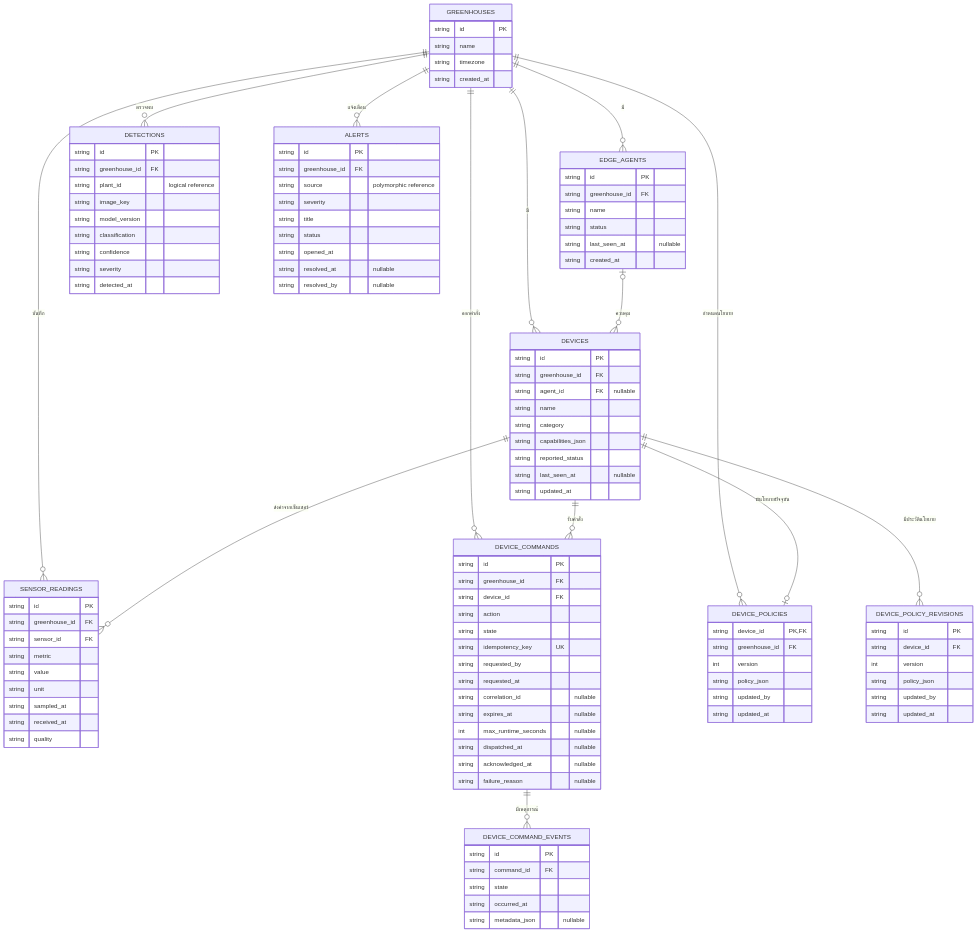
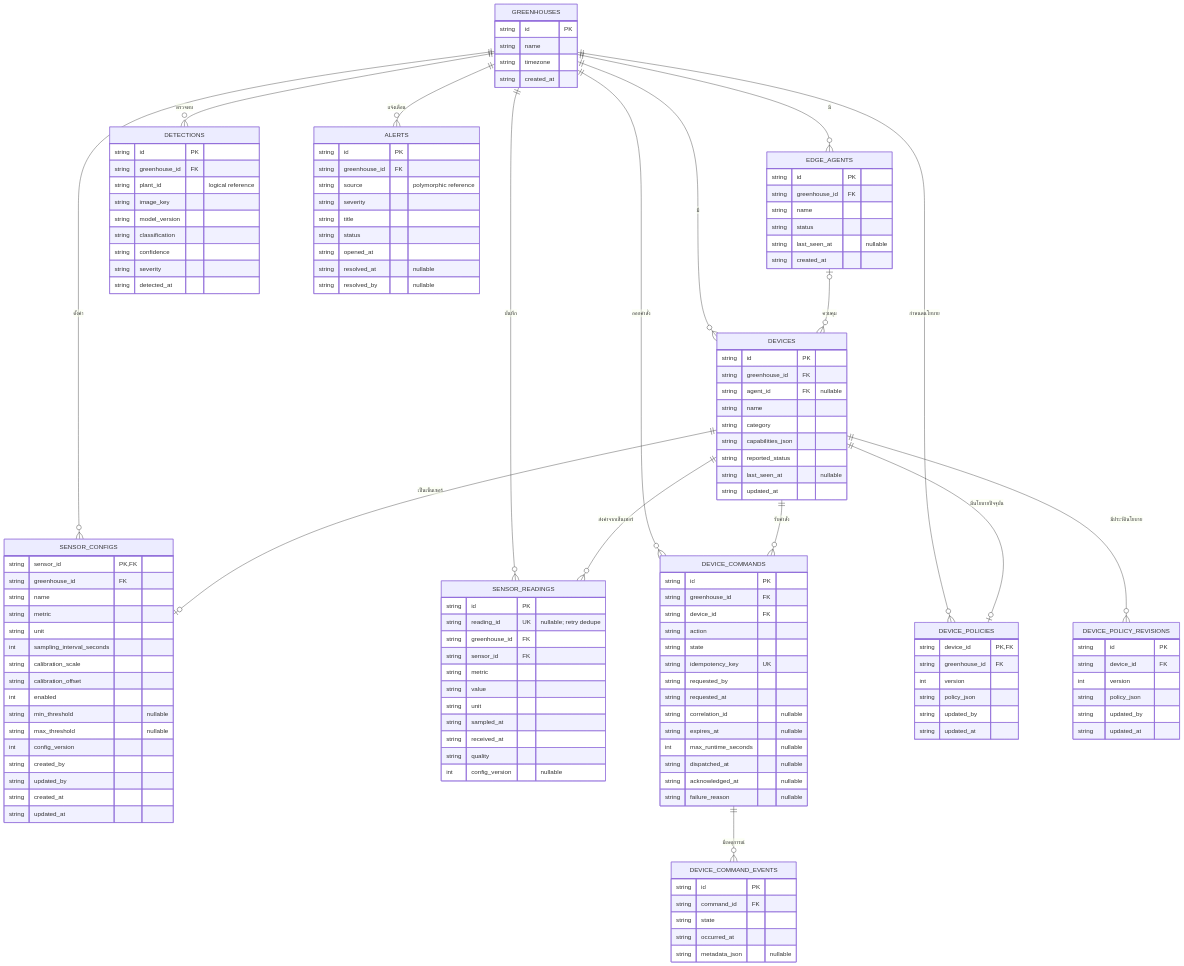
One commit to Simai66/smart-greenhouse-ai-starter changed the diagram in docs/database-er-diagram.md. Above: the diagram before and after it, drawn with Mermaid. The commit also changed other lines of this file and 25 other files, not shown here.

```diff
--- a/docs/database-er-diagram.md
+++ b/docs/database-er-diagram.md
@@ -13,6 +13,7 @@
 erDiagram
     GREENHOUSES ||--o{ EDGE_AGENTS : "มี"
     GREENHOUSES ||--o{ DEVICES : "มี"
+    GREENHOUSES ||--o{ SENSOR_CONFIGS : "ตั้งค่า"
     GREENHOUSES ||--o{ SENSOR_READINGS : "บันทึก"
     GREENHOUSES ||--o{ DEVICE_COMMANDS : "ออกคำสั่ง"
     GREENHOUSES ||--o{ DEVICE_POLICIES : "กำหนดนโยบาย"
@@ -21,6 +22,7 @@
 
     EDGE_AGENTS o|--o{ DEVICES : "ควบคุม"
     DEVICES ||--o{ SENSOR_READINGS : "ส่งค่าจากเซ็นเซอร์"
+    DEVICES ||--o| SENSOR_CONFIGS : "เป็นเซ็นเซอร์"
     DEVICES ||--o{ DEVICE_COMMANDS : "รับคำสั่ง"
     DEVICES ||--o| DEVICE_POLICIES : "มีนโยบายปัจจุบัน"
     DEVICES ||--o{ DEVICE_POLICY_REVISIONS : "มีประวัตินโยบาย"
@@ -56,6 +58,7 @@
 
     SENSOR_READINGS {
         string id PK
+        string reading_id UK "nullable; retry dedupe"
         string greenhouse_id FK
         string sensor_id FK
         string metric
@@ -64,6 +67,26 @@
         string sampled_at
         string received_at
         string quality
+        int config_version "nullable"
+    }
+
+    SENSOR_CONFIGS {
+        string sensor_id PK, FK
+        string greenhouse_id FK
+        string name
+        string metric
+        string unit
+        int sampling_interval_seconds
+        string calibration_scale
+        string calibration_offset
+        int enabled
+        string min_threshold "nullable"
+        string max_threshold "nullable"
+        int config_version
+        string created_by
+        string updated_by
+        string created_at
+        string updated_at
     }
 
     DEVICE_COMMANDS {
```
